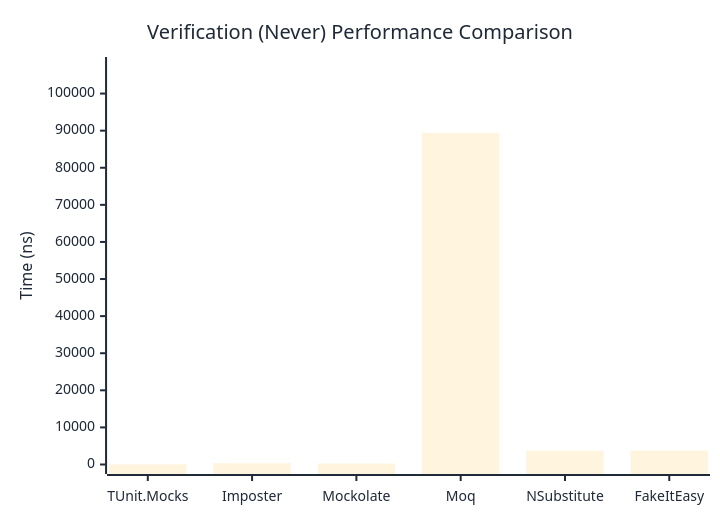
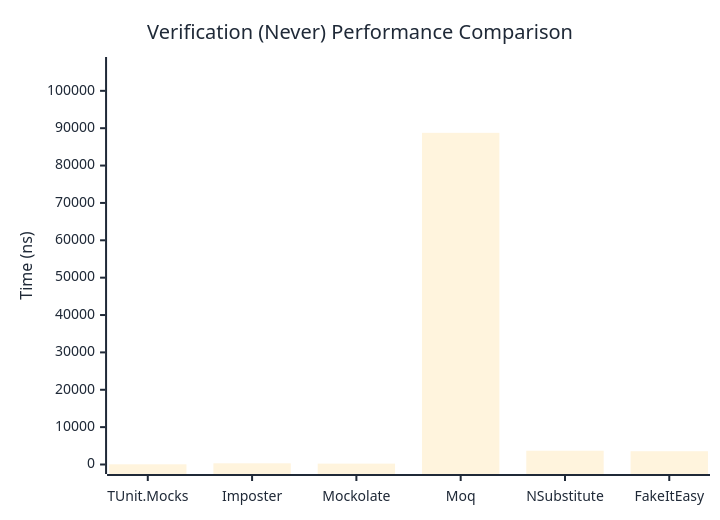
The second of 3 diagrams in docs/docs/benchmarks/mocks/Verification.md (thomhurst/TUnit), drawn with Mermaid before and after one commit. The commit also changed other lines of this file and 14 other files, not shown here.

````diff
--- a/docs/docs/benchmarks/mocks/Verification.md
+++ b/docs/docs/benchmarks/mocks/Verification.md
@@ -71,27 +71,27 @@
 ```mermaid
 %%{init: {
   'theme':'base',
   'themeVariables': {
     'primaryColor': '#2563eb',
     'primaryTextColor': '#1f2937',
     'primaryBorderColor': '#1e40af',
     'lineColor': '#6b7280',
     'secondaryColor': '#7c3aed',
     'tertiaryColor': '#dc2626',
     'background': '#ffffff',
     'pie1': '#2563eb',
     'pie2': '#7c3aed',
     'pie3': '#dc2626',
     'pie4': '#f59e0b',
     'pie5': '#10b981',
     'pie6': '#06b6d4',
     'pie7': '#ec4899',
     'pie8': '#6366f1'
   }
 }}%%
 xychart-beta
   title "Verification (Never) Performance Comparison"
   x-axis ["TUnit.Mocks", "Imposter", "Mockolate", "Moq", "NSubstitute", "FakeItEasy"]
-  y-axis "Time (ns)" 0 --> 107296
-  bar [53.28, 332.58, 237.56, 89412.68, 3694.29, 3750.2]
+  y-axis "Time (ns)" 0 --> 106511
+  bar [51.16, 316.56, 237.24, 88758.62, 3684.98, 3553.5]
 ```
````
